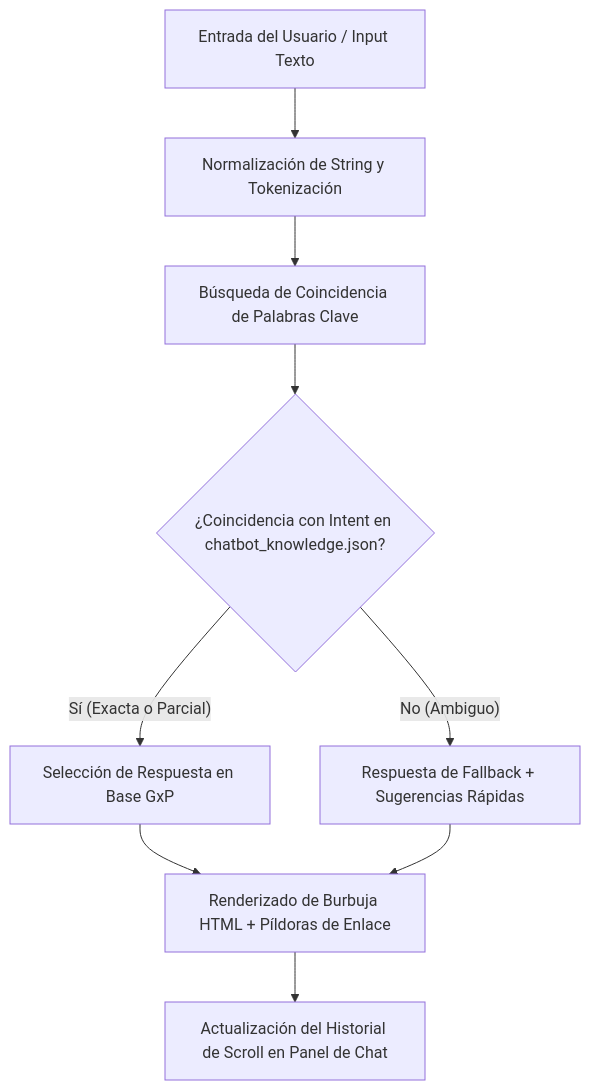
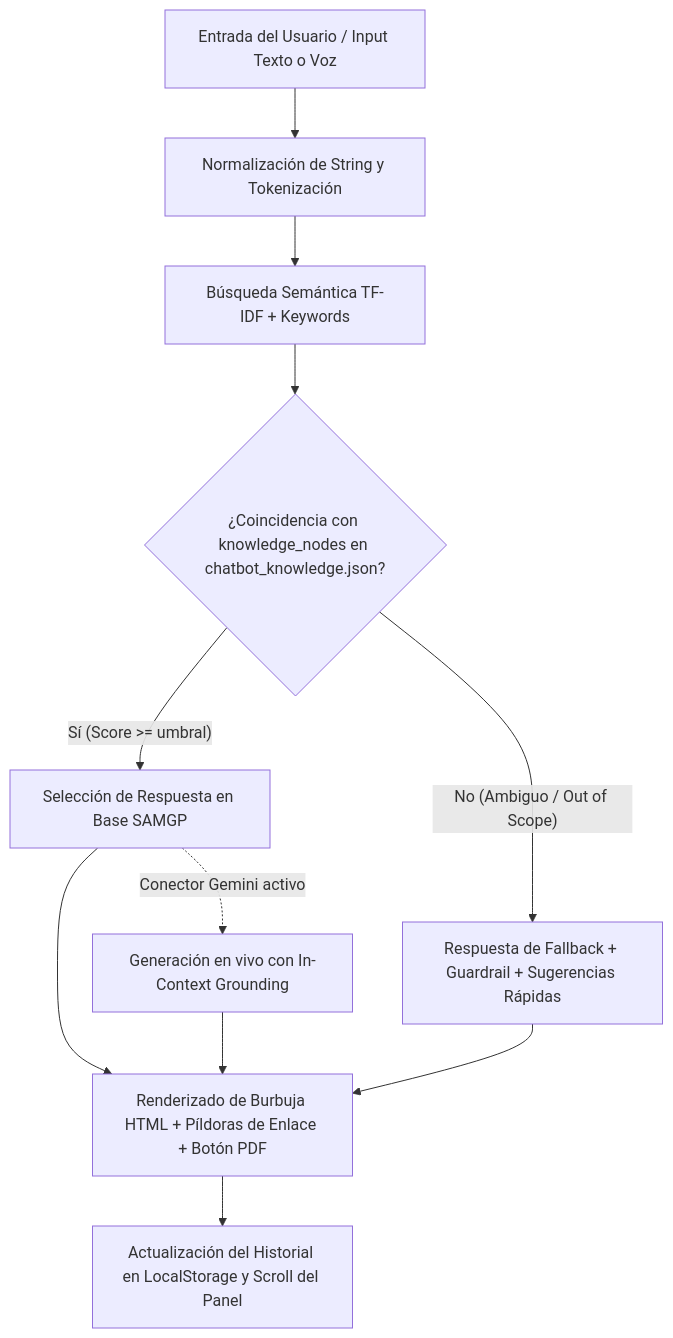
Before and after one commit to modernizacion1-rgb/portal_modernizacion_rag_1: the second of 3 diagrams in document/4_Arquitectura_Datos_Interaccion.md, drawn with Mermaid. The commit also changed other lines of this file and 9 other files, not shown here.

````diff
--- a/document/4_Arquitectura_Datos_Interaccion.md
+++ b/document/4_Arquitectura_Datos_Interaccion.md
@@ -68,11 +74,13 @@
 ```mermaid
 graph TD
-    A[Entrada del Usuario / Input Texto] --> B[Normalización de String y Tokenización]
-    B --> C[Búsqueda de Coincidencia de Palabras Clave]
-    C --> D{¿Coincidencia con Intent en chatbot_knowledge.json?}
-    D -- Sí (Exacta o Parcial) --> E[Selección de Respuesta en Base GxP]
-    D -- No (Ambiguo) --> F[Respuesta de Fallback + Sugerencias Rápidas]
-    E --> G[Renderizado de Burbuja HTML + Píldoras de Enlace]
+    A[Entrada del Usuario / Input Texto o Voz] --> B[Normalización de String y Tokenización]
+    B --> C[Búsqueda Semántica TF-IDF + Keywords]
+    C --> D{¿Coincidencia con knowledge_nodes en chatbot_knowledge.json?}
+    D -- Sí (Score >= umbral) --> E[Selección de Respuesta en Base SAMGP]
+    D -- No (Ambiguo / Out of Scope) --> F[Respuesta de Fallback + Guardrail + Sugerencias Rápidas]
+    E --> G[Renderizado de Burbuja HTML + Píldoras de Enlace + Botón PDF]
     F --> G
-    G --> H[Actualización del Historial de Scroll en Panel de Chat]
+    G --> H[Actualización del Historial en LocalStorage y Scroll del Panel]
+    E -. Conector Gemini activo .-> I[Generación en vivo con In-Context Grounding]
+    I --> G
 ```
````
